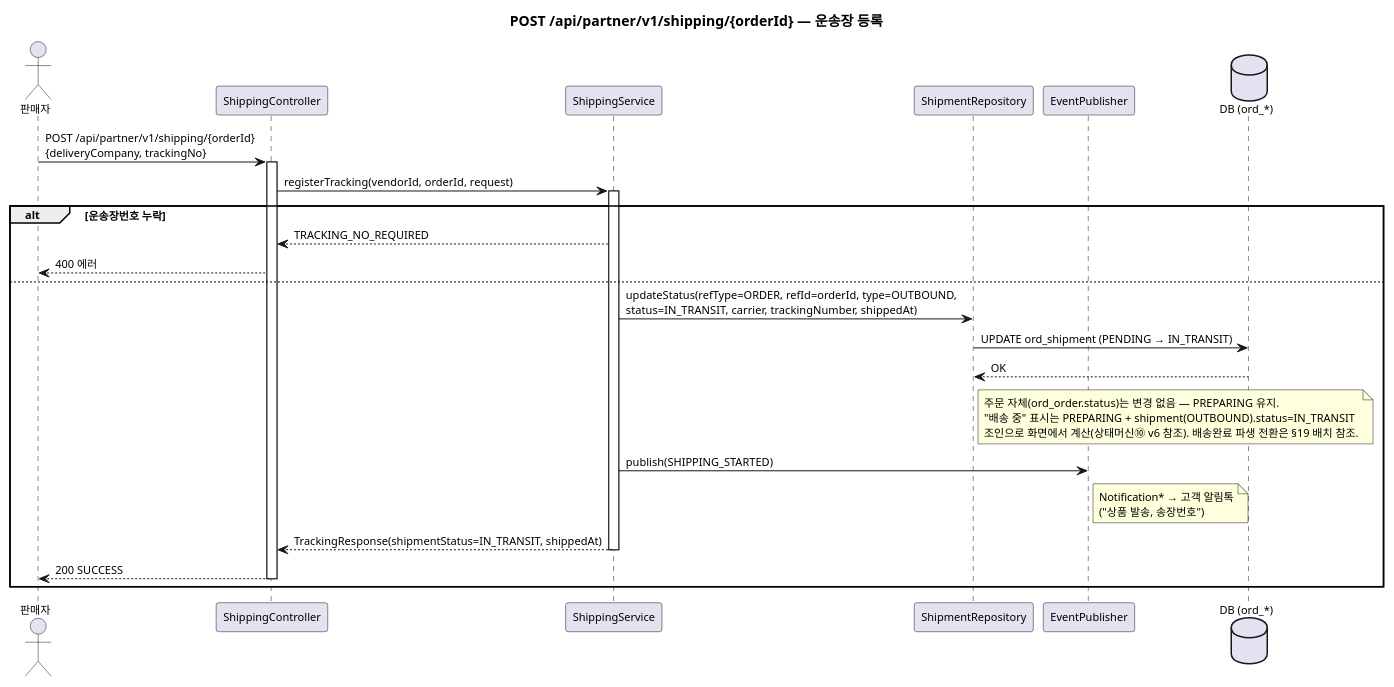
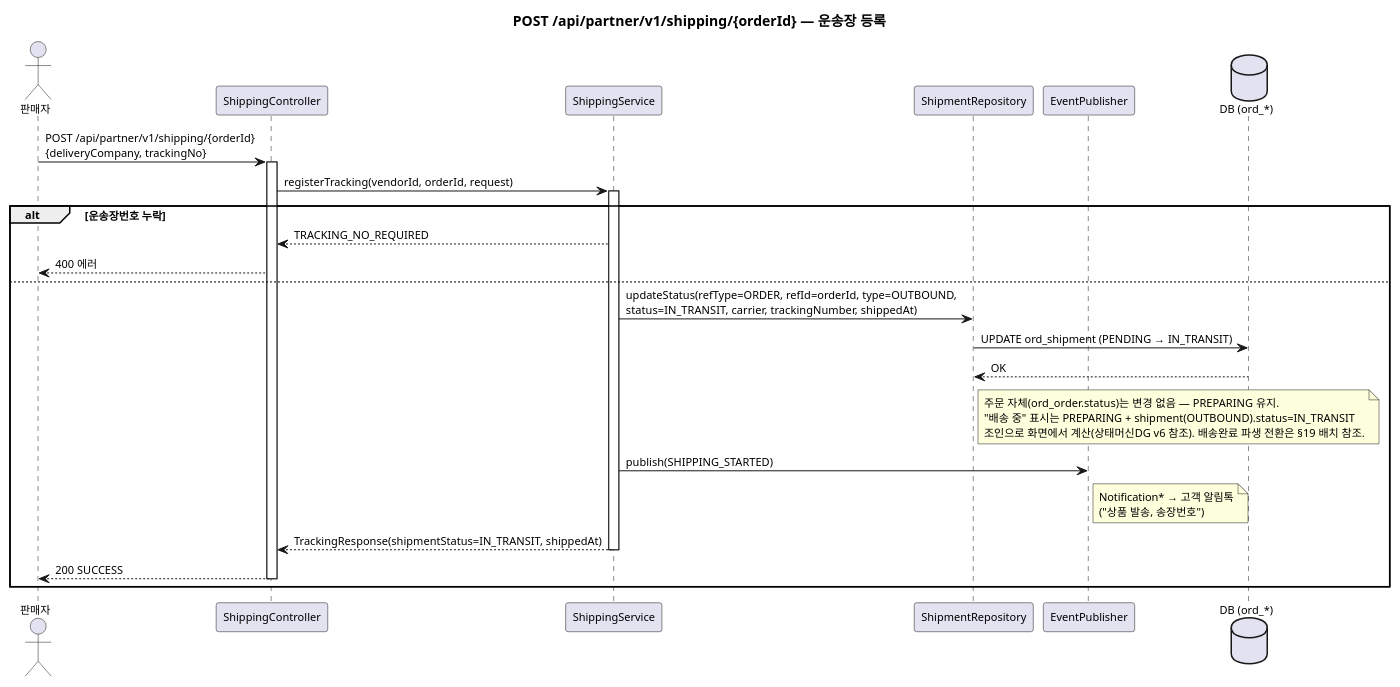
Diagram 12 of 26 in docs/자산화-단계별/S3-상세설계/DM-시퀀스(Order-Payment).md (parknahyun/runNShop), drawn with PlantUML before and after one commit. The commit also changed other lines of this file and 47 other files, not shown here.

````diff
--- a/docs/자산화-단계별/S3-상세설계/DM-시퀀스(Order-Payment).md
+++ b/docs/자산화-단계별/S3-상세설계/DM-시퀀스(Order-Payment).md
@@ -616,39 +616,39 @@
 ```plantuml
 @startuml
 skinparam backgroundColor transparent
 skinparam defaultFontSize 11
 title POST /api/partner/v1/shipping/{orderId} — 운송장 등록
 
 actor 판매자 as Partner
 participant "ShippingController" as SC
 participant "ShippingService" as SS
 participant "ShipmentRepository" as SR
 participant "EventPublisher" as EP
 database "DB (ord_*)" as DB
 
 Partner -> SC : POST /api/partner/v1/shipping/{orderId}\n{deliveryCompany, trackingNo}
 activate SC
 
 SC -> SS : registerTracking(vendorId, orderId, request)
 activate SS
 
 alt 운송장번호 누락
   SS --> SC : TRACKING_NO_REQUIRED
   SC --> Partner : 400 에러
 else
   SS -> SR : updateStatus(refType=ORDER, refId=orderId, type=OUTBOUND,\nstatus=IN_TRANSIT, carrier, trackingNumber, shippedAt)
   SR -> DB : UPDATE ord_shipment (PENDING → IN_TRANSIT)
   DB --> SR : OK
-  note right of SR: 주문 자체(ord_order.status)는 변경 없음 — PREPARING 유지.\n"배송 중" 표시는 PREPARING + shipment(OUTBOUND).status=IN_TRANSIT\n조인으로 화면에서 계산(상태머신⑩ v6 참조). 배송완료 파생 전환은 §19 배치 참조.
+  note right of SR: 주문 자체(ord_order.status)는 변경 없음 — PREPARING 유지.\n"배송 중" 표시는 PREPARING + shipment(OUTBOUND).status=IN_TRANSIT\n조인으로 화면에서 계산(상태머신DG v6 참조). 배송완료 파생 전환은 §19 배치 참조.
 
   SS -> EP : publish(SHIPPING_STARTED)
   note right of EP: Notification* → 고객 알림톡\n("상품 발송, 송장번호")
 
   SS --> SC : TrackingResponse(shipmentStatus=IN_TRANSIT, shippedAt)
   deactivate SS
   SC --> Partner : 200 SUCCESS
   deactivate SC
 end
 
 @enduml
 ```
````
